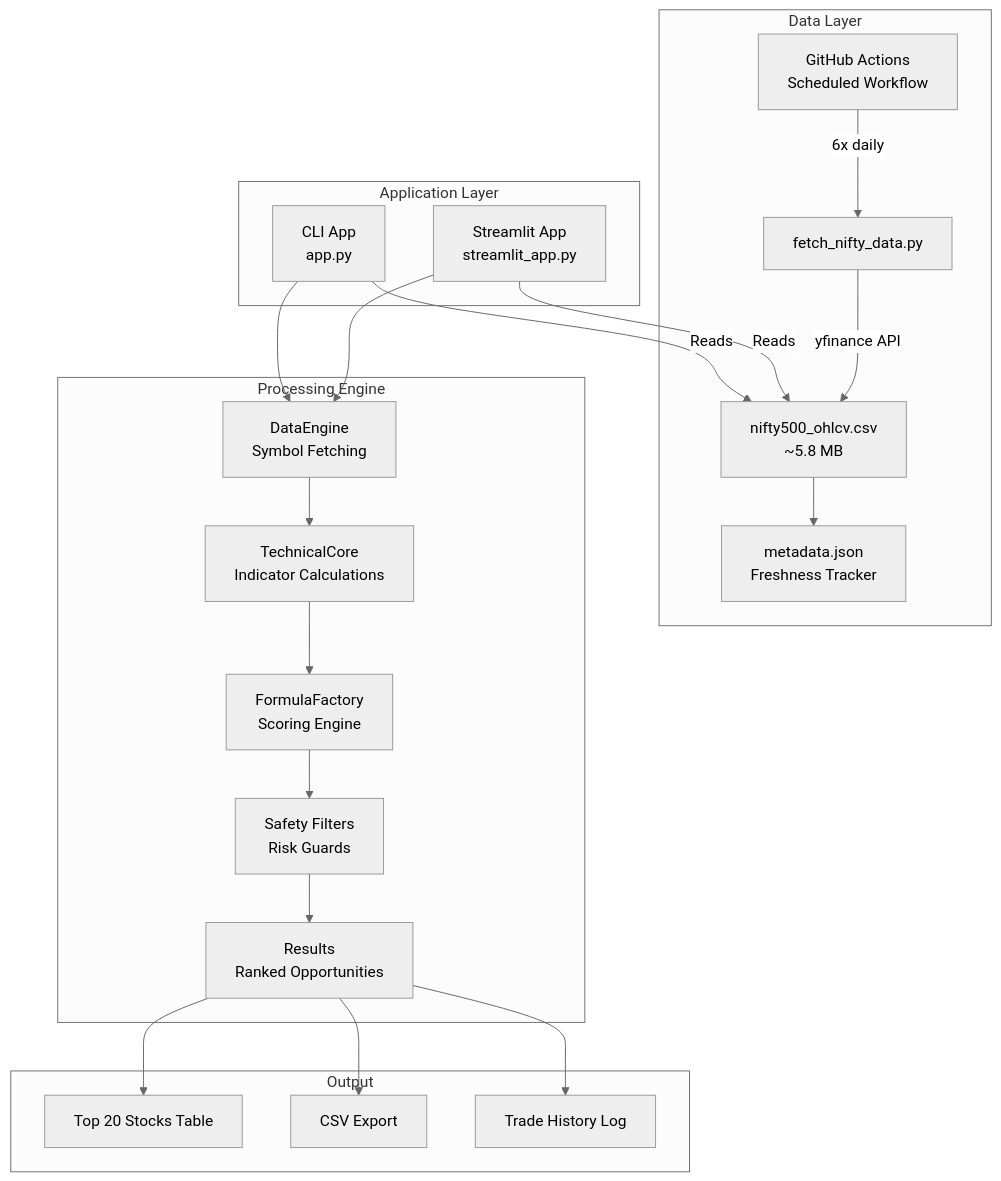
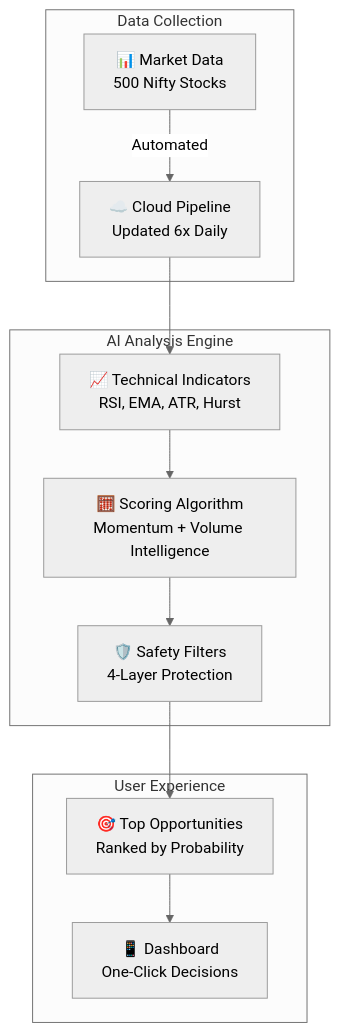
The third of 20 diagrams in README.md (pravindev666/Tradyx-Aleph), drawn with Mermaid (neutral theme) before and after one commit. The commit also changed other lines of this file, not shown here.

````diff
--- a/README.md
+++ b/README.md
@@ -39,27 +50,17 @@
 ```mermaid
 graph TB
-    subgraph "Data Layer"
-        A[GitHub Actions<br/>Scheduled Workflow] -->|6x daily| B[fetch_nifty_data.py]
-        B -->|yfinance API| C[nifty500_ohlcv.csv<br/>~5.8 MB]
-        C --> D[metadata.json<br/>Freshness Tracker]
+    subgraph "Data Collection"
+        A[📊 Market Data<br/>500 Nifty Stocks] -->|Automated| B[☁️ Cloud Pipeline<br/>Updated 6x Daily]
     end
     
-    subgraph "Application Layer"
-        E[Streamlit App<br/>streamlit_app.py] -->|Reads| C
-        F[CLI App<br/>app.py] -->|Reads| C
+    subgraph "AI Analysis Engine"
+        B --> C[📈 Technical Indicators<br/>RSI, EMA, ATR, Hurst]
+        C --> D[🧮 Scoring Algorithm<br/>Momentum + Volume Intelligence]
+        D --> E[🛡️ Safety Filters<br/>4-Layer Protection]
     end
     
-    subgraph "Processing Engine"
-        E & F --> G[DataEngine<br/>Symbol Fetching]
-        G --> H[TechnicalCore<br/>Indicator Calculations]
-        H --> I[FormulaFactory<br/>Scoring Engine]
-        I --> J[Safety Filters<br/>Risk Guards]
-        J --> K[Results<br/>Ranked Opportunities]
-    end
-    
-    subgraph "Output"
-        K --> L[Top 20 Stocks Table]
-        K --> M[CSV Export]
-        K --> N[Trade History Log]
+    subgraph "User Experience"
+        E --> F[🎯 Top Opportunities<br/>Ranked by Probability]
+        F --> G[📱 Dashboard<br/>One-Click Decisions]
     end
 ```
````
